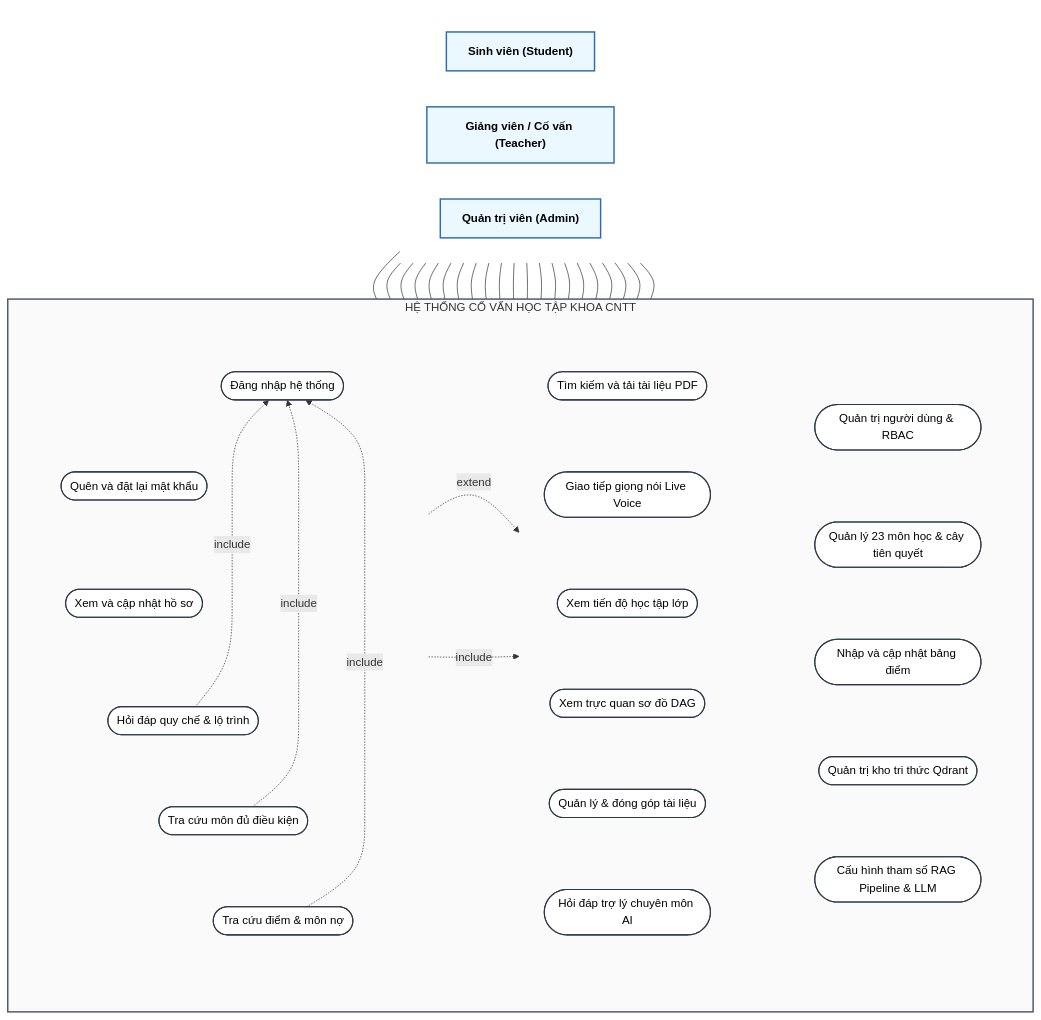
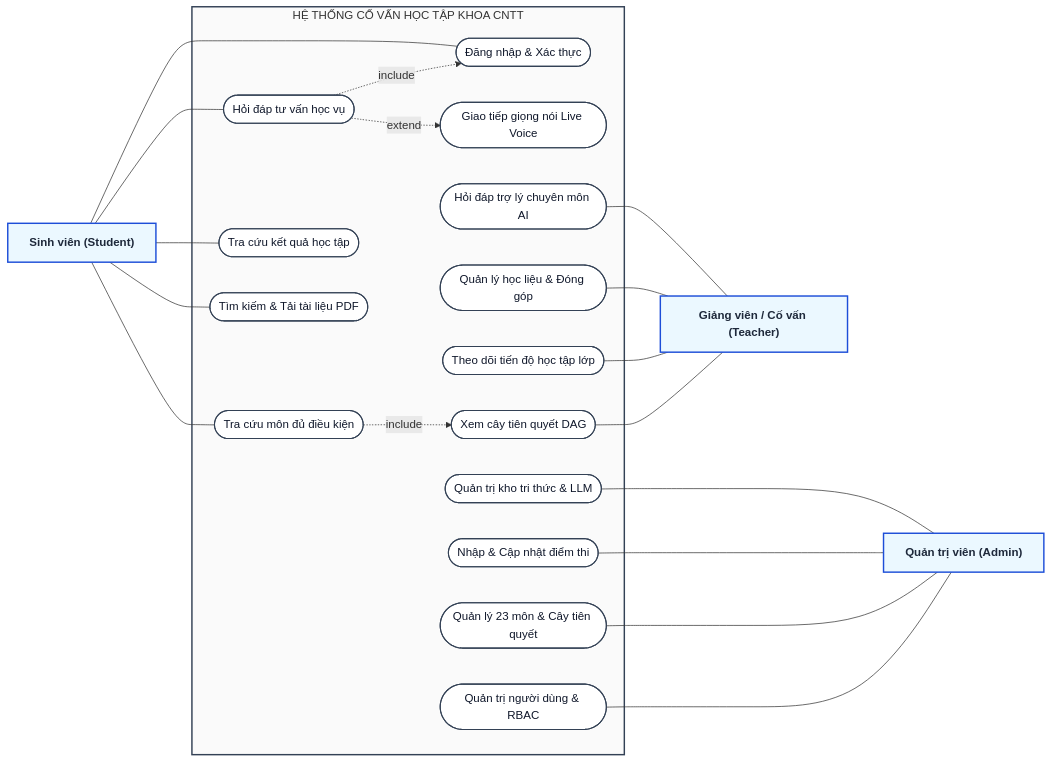
Before and after one commit to hoclaptrinh33/it_student_chatbot: the fifth of 6 diagrams in Report/DIAGRAMS.md, drawn with Mermaid. The commit also changed 7 other files, not shown here.

Commit message:
fix(diagrams): optimize Use Case diagram layout with clear actor positioning and zero crossing lines

````diff
--- a/Report/DIAGRAMS.md
+++ b/Report/DIAGRAMS.md
@@ -289,100 +289,70 @@
 ```mermaid
-flowchart TB
+flowchart LR
     %% ==========================================
     %% CÁC TÁC NHÂN HỆ THỐNG (ACTORS - CHUẨN UML KHÔNG DÙNG ICON)
     %% ==========================================
-    subgraph ACTORS [" "]
-        direction LR
-        SV["Sinh viên (Student)"]
-        GV["Giảng viên / Cố vấn (Teacher)"]
-        AD["Quản trị viên (Admin)"]
-    end
+    SV["Sinh viên (Student)"]
 
     %% ==========================================
     %% RANH GIỚI HỆ THỐNG (SYSTEM BOUNDARY)
     %% ==========================================
     subgraph SYSTEM ["HỆ THỐNG CỐ VẤN HỌC TẬP KHOA CNTT"]
-        direction LR
+        %% Nhóm ca sử dụng Sinh viên & Chung
+        UC1(["Đăng nhập & Xác thực"])
+        UC2(["Hỏi đáp tư vấn học vụ"])
+        UC3(["Giao tiếp giọng nói Live Voice"])
+        UC4(["Tra cứu môn đủ điều kiện"])
+        UC5(["Xem cây tiên quyết DAG"])
+        UC6(["Tra cứu kết quả học tập"])
+        UC7(["Tìm kiếm & Tải tài liệu PDF"])
 
-        subgraph COL1 [" "]
-            direction TB
-            UC1(["Đăng nhập hệ thống"])
-            UC2(["Quên và đặt lại mật khẩu"])
-            UC3(["Xem và cập nhật hồ sơ"])
-            UC4(["Hỏi đáp quy chế & lộ trình"])
-            UC5(["Tra cứu môn đủ điều kiện"])
-            UC6(["Tra cứu điểm & môn nợ"])
-        end
+        %% Nhóm ca sử dụng Giảng viên / Cố vấn
+        UC8(["Theo dõi tiến độ học tập lớp"])
+        UC9(["Quản lý học liệu & Đóng góp"])
+        UC10(["Hỏi đáp trợ lý chuyên môn AI"])
 
-        subgraph COL2 [" "]
-            direction TB
-            UC7(["Tìm kiếm và tải tài liệu PDF"])
-            UC8(["Giao tiếp giọng nói Live Voice"])
-            UC9(["Xem tiến độ học tập lớp"])
-            UC10(["Xem trực quan sơ đồ DAG"])
-            UC11(["Quản lý & đóng góp tài liệu"])
-            UC12(["Hỏi đáp trợ lý chuyên môn AI"])
-        end
-
-        subgraph COL3 [" "]
-            direction TB
-            UC13(["Quản trị người dùng & RBAC"])
-            UC14(["Quản lý 23 môn học & cây tiên quyết"])
-            UC15(["Nhập và cập nhật bảng điểm"])
-            UC16(["Quản trị kho tri thức Qdrant"])
-            UC17(["Cấu hình tham số RAG Pipeline & LLM"])
-        end
+        %% Nhóm ca sử dụng Quản trị viên
+        UC11(["Quản trị người dùng & RBAC"])
+        UC12(["Quản lý 23 môn & Cây tiên quyết"])
+        UC13(["Nhập & Cập nhật điểm thi"])
+        UC14(["Quản trị kho tri thức & LLM"])
     end
 
-    %% Định hướng và cố định thứ tự cột đứng chuẩn UML
-    UC1 ~~~ UC2 ~~~ UC3 ~~~ UC4 ~~~ UC5 ~~~ UC6
-    UC7 ~~~ UC8 ~~~ UC9 ~~~ UC10 ~~~ UC11 ~~~ UC12
-    UC13 ~~~ UC14 ~~~ UC15 ~~~ UC16 ~~~ UC17
-    COL1 ~~~ COL2 ~~~ COL3
-    ACTORS ~~~ SYSTEM
+    %% Tác nhân phía bên phải
+    GV["Giảng viên / Cố vấn (Teacher)"]
+    AD["Quản trị viên (Admin)"]
 
-    %% Quan hệ include và extend chuẩn UML giữa các Use Case
-    UC4 -.->|"include"| UC1
-    UC5 -.->|"include"| UC1
-    UC6 -.->|"include"| UC1
-    UC4 -.->|"extend"| UC8
-    UC4 -.->|"include"| UC7
+    %% Quan hệ UML phụ thuộc include và extend
+    UC2 -.->|extend| UC3
+    UC4 -.->|include| UC5
+    UC2 -.->|include| UC1
 
-    %% Kết nối Actor Sinh viên với các Use Case (Associations)
+    %% Kết nối Actor Sinh viên (bên trái nối vào)
     SV --- UC1
     SV --- UC2
-    SV --- UC3
     SV --- UC4
-    SV --- UC5
     SV --- UC6
     SV --- UC7
-    SV --- UC8
 
-    %% Kết nối Actor Giảng viên với các Use Case (Associations)
-    GV --- UC1
-    GV --- UC3
-    GV --- UC9
-    GV --- UC10
-    GV --- UC11
-    GV --- UC12
+    %% Kết nối Actor Giảng viên (bên phải trên nối vào)
+    UC5 --- GV
+    UC8 --- GV
+    UC9 --- GV
+    UC10 --- GV
 
-    %% Kết nối Actor Quản trị viên với các Use Case (Associations)
-    AD --- UC1
-    AD --- UC3
-    AD --- UC13
-    AD --- UC14
-    AD --- UC15
-    AD --- UC16
-    AD --- UC17
+    %% Kết nối Actor Quản trị viên (bên phải dưới nối vào)
+    UC11 --- AD
+    UC12 --- AD
+    UC13 --- AD
+    UC14 --- AD
+
+    %% Định vị GV ở trên và AD ở dưới bên phải
+    GV ~~~ AD
 
     %% Định dạng trực quan chuẩn UML
-    style ACTORS fill:none,stroke:none;
-    style COL1 fill:none,stroke:none;
-    style COL2 fill:none,stroke:none;
-    style COL3 fill:none,stroke:none;
-    classDef actorStyle fill:#EBF8FF,stroke:#2B6CB0,stroke-width:2px,font-weight:bold,color:#000000;
-    classDef ucStyle fill:#FFFFFF,stroke:#2D3748,stroke-width:1.5px,color:#000000;
-    style SYSTEM stroke:#4A5568,stroke-width:2px,fill:#FAFAFA;
+    style SYSTEM fill:#FAFAFA,stroke:#334155,stroke-width:2px;
+    classDef actorStyle fill:#EBF8FF,stroke:#1D4ED8,stroke-width:2px,font-weight:bold,color:#1E293B;
+    classDef ucStyle fill:#FFFFFF,stroke:#334155,stroke-width:1.5px,color:#0F172A;
     class SV,GV,AD actorStyle;
-    class UC1,UC2,UC3,UC4,UC5,UC6,UC7,UC8,UC9,UC10,UC11,UC12,UC13,UC14,UC15,UC16,UC17 ucStyle;
+    class UC1,UC2,UC3,UC4,UC5,UC6,UC7,UC8,UC9,UC10,UC11,UC12,UC13,UC14 ucStyle;
 ```
````
